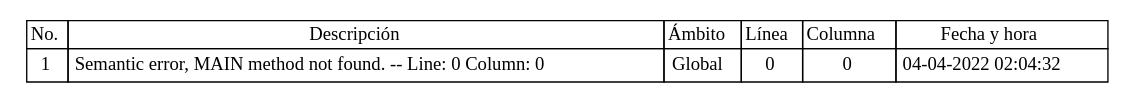
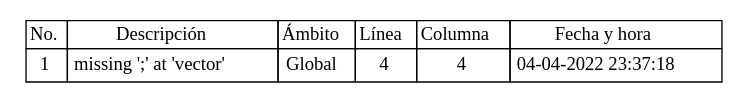
Before and after one commit to Jodyannre/COMPI2_proyecto2_2022: the diagram in Back/Web/tablas/tablaErrores.dot, drawn with Graphviz. The commit also changed 12 other files, not shown here.

```diff
--- a/Back/Web/tablas/tablaErrores.dot
+++ b/Back/Web/tablas/tablaErrores.dot
@@ -1,36 +1,36 @@
 
 	digraph {
 		tablaSimbolos [
 		  shape=plaintext
 		  label=<
 			<table border='0' cellborder='1' color='black' cellspacing='0'>
 			  <tr>
 				  <td>No.</td>
 				  <td>Descripción</td>
 				  <td>Ámbito</td>
 				  <td>Línea</td>
 				  <td>Columna</td>
 				  <td>Fecha y hora</td>
 			  </tr>
 	
 <tr>
 <td cellpadding='4'>
 1
 </td>
-<td cellpadding='4'>Semantic error, MAIN method not found. -- Line: 0 Column: 0
+<td cellpadding='4'>missing ';' at 'vector'
 </td>
 <td cellpadding='4'>Global
 </td>
-<td cellpadding='4'>0
+<td cellpadding='4'>4
 </td>
 <td cellpadding='4'>
-0
+4
 </td>
 <td cellpadding='4'>
-04-04-2022 02:04:32
+04-04-2022 23:37:18
 </td>
 </tr>
 
 		</table>
 		>];
 	}
```
